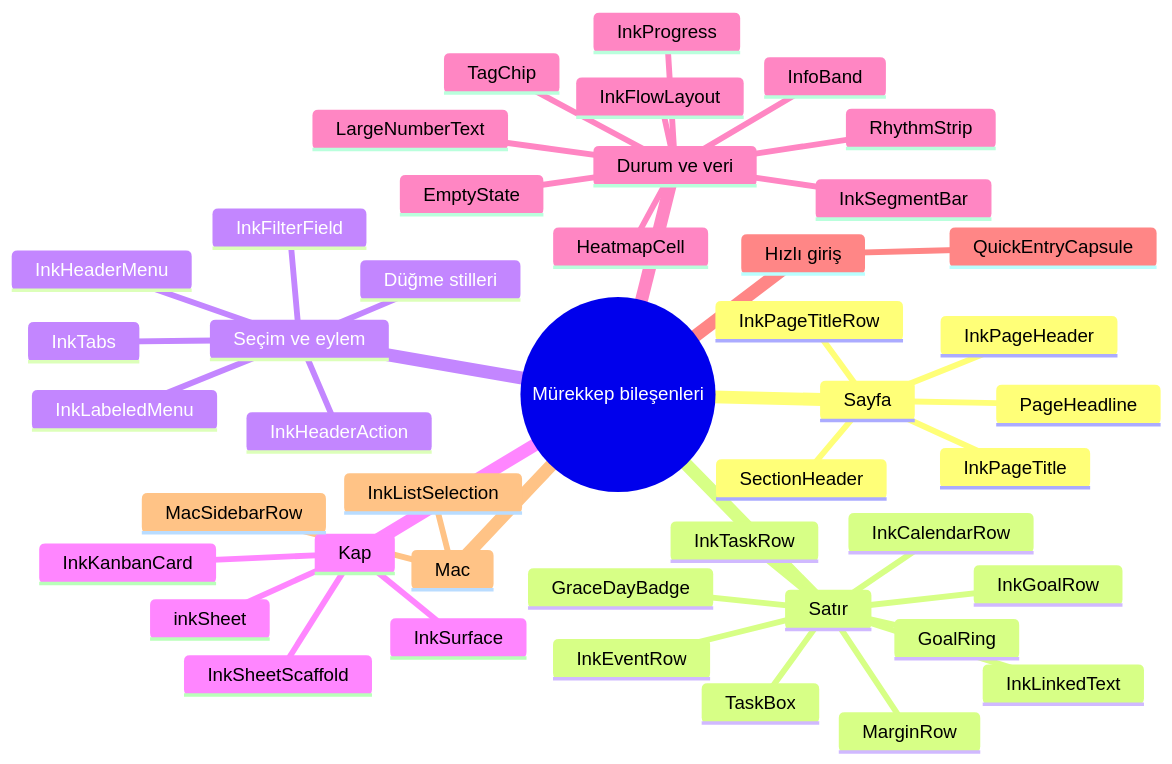
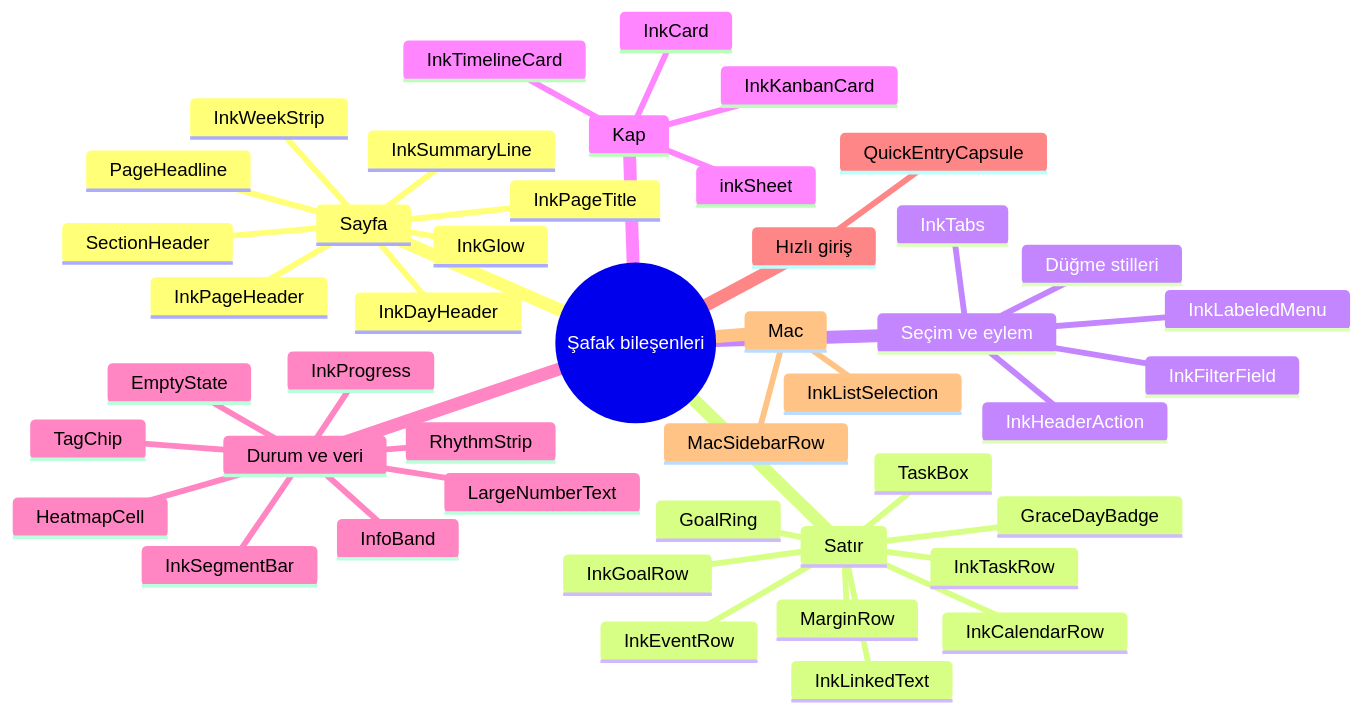
The sixth of 6 diagrams in docs/design.md (dogancanyildiz/kenet), drawn with Mermaid before and after one commit. The commit also changed other lines of this file and 3 other files, not shown here.

````diff
--- a/docs/design.md
+++ b/docs/design.md
@@ -628,47 +529,48 @@
 ```mermaid
 mindmap
-  root((Mürekkep bileşenleri))
+  root((Şafak bileşenleri))
     Sayfa
       InkPageTitle
-      InkPageTitleRow
       InkPageHeader
       PageHeadline
+      InkDayHeader
+      InkWeekStrip
+      InkSummaryLine
       SectionHeader
+      InkGlow
     Satır
       MarginRow
       InkTaskRow
       InkGoalRow
       InkEventRow
       InkCalendarRow
       TaskBox
       GoalRing
       GraceDayBadge
       InkLinkedText
     Seçim ve eylem
       InkHeaderAction
-      InkHeaderMenu
       InkTabs
       InkLabeledMenu
       InkFilterField
       Düğme stilleri
     Kap
       inkSheet
-      InkSheetScaffold
-      InkSurface
+      InkCard
       InkKanbanCard
+      InkTimelineCard
     Durum ve veri
       InfoBand
       EmptyState
       InkProgress
       HeatmapCell
       LargeNumberText
       TagChip
       RhythmStrip
       InkSegmentBar
-      InkFlowLayout
     Hızlı giriş
       QuickEntryCapsule
     Mac
       InkListSelection
       MacSidebarRow
 ```
````
